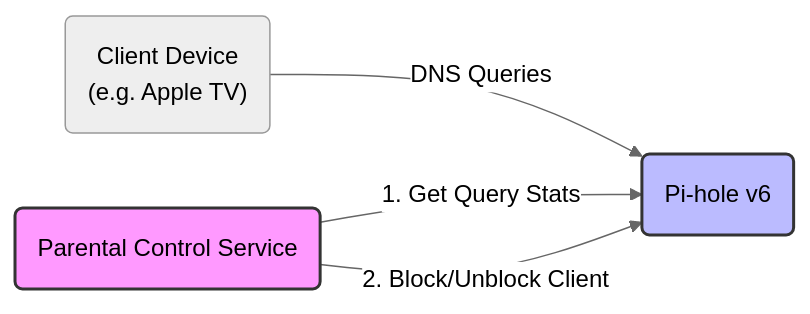
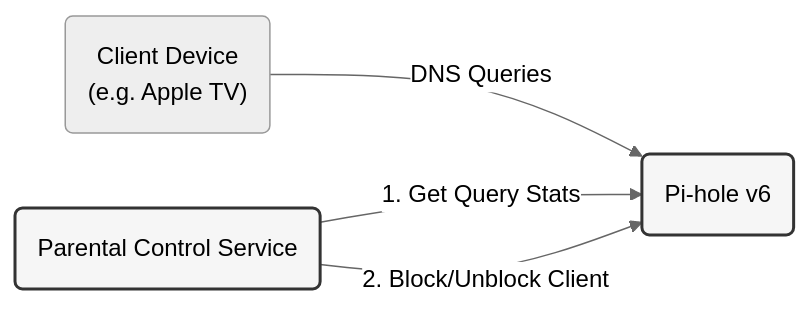
The diagram in README.md (Vladikamira/pihole-parental-control), drawn with Mermaid (neutral theme) before and after one commit.

Commit message:
update graph collors

````diff
--- a/README.md
+++ b/README.md
@@ -24,12 +24,12 @@
 ```mermaid
 graph LR
     Client("Client Device<br>(e.g. Apple TV)") -- "DNS Queries" --> PiHole("Pi-hole v6")
     
     App("Parental Control Service")
 
     App -- "1. Get Query Stats" --> PiHole
     App -- "2. Block/Unblock Client" --> PiHole
 
-    style App fill:#f9f,stroke:#333,stroke-width:2px
-    style PiHole fill:#bbf,stroke:#333,stroke-width:2px
+    style App fill:#f6f6f6,stroke:#333,stroke-width:2px
+    style PiHole fill:#f6f6f6,stroke:#333,stroke-width:2px
 ```
````
